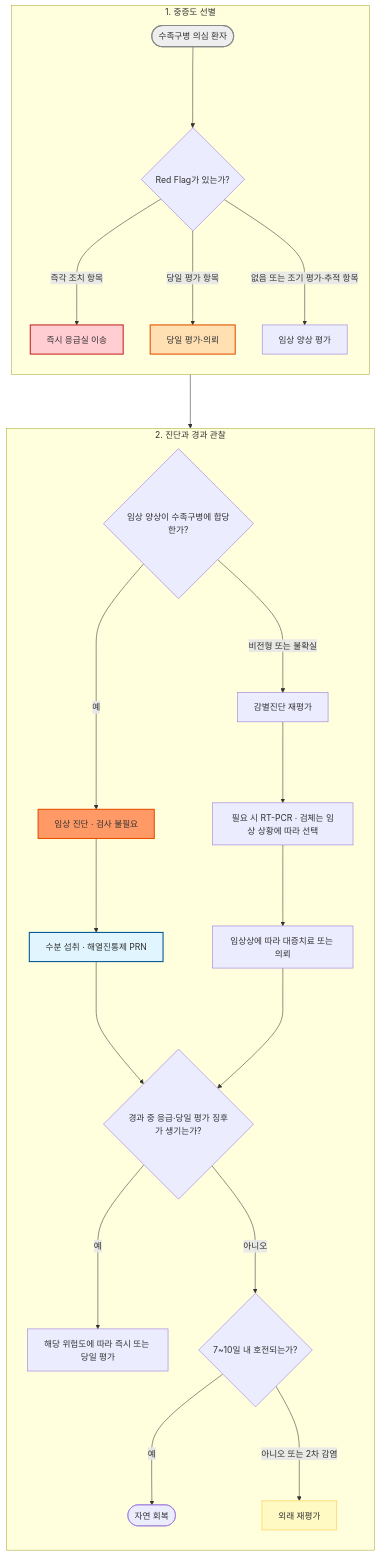
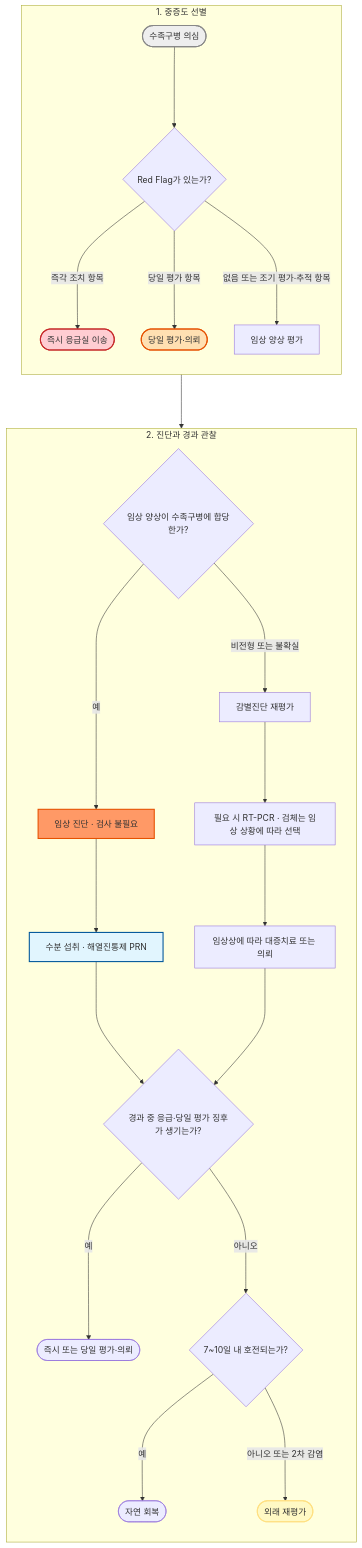
One commit to familyoh77/familyoh77 changed the diagram in 230_/198_-hand-foot-mouth-dz.md. Above: the diagram before and after it, drawn with Mermaid. The commit also changed other lines of this file and 16 other files, not shown here.

````diff
--- a/230_/198_-hand-foot-mouth-dz.md
+++ b/230_/198_-hand-foot-mouth-dz.md
@@ -116,33 +116,33 @@
 ```mermaid
 flowchart TB
     subgraph Triage["1. 중증도 선별"]
         direction TB
-        Start(["수족구병 의심 환자"]) ---> RF{"Red Flag가 있는가?"}
-        RF --->|즉각 조치 항목| ER["즉시 응급실 이송"]
-        RF --->|당일 평가 항목| Same["당일 평가·의뢰"]
+        Start(["수족구병 의심"]) ---> RF{"Red Flag가 있는가?"}
+        RF --->|즉각 조치 항목| ER(["즉시 응급실 이송"])
+        RF --->|당일 평가 항목| Same(["당일 평가·의뢰"])
         RF --->|없음 또는 조기 평가·추적 항목| Assess["임상 양상 평가"]
     end
 
     subgraph Diagnosis["2. 진단과 경과 관찰"]
         direction TB
         Assess ---> Q1{"임상 양상이 수족구병에 합당한가?"}
         Q1 --->|예| Dx["임상 진단 · 검사 불필요"]
         Q1 --->|비전형 또는 불확실| Diff["감별진단 재평가"]
         Diff ---> Test["필요 시 RT-PCR · 검체는 임상 상황에 따라 선택"]
         Dx ---> Home["수분 섭취 · 해열진통제 PRN"]
         Test ---> Plan["임상상에 따라 대증치료 또는 의뢰"]
         Home ---> Worsen{"경과 중 응급·당일 평가 징후가 생기는가?"}
         Plan ---> Worsen
-        Worsen --->|예| Urgent["해당 위험도에 따라 즉시 또는 당일 평가"]
+        Worsen --->|예| Urgent(["즉시 또는 당일 평가·의뢰"])
         Worsen --->|아니오| FU{"7~10일 내 호전되는가?"}
         FU --->|예| Done(["자연 회복"])
-        FU --->|아니오 또는 2차 감염| Recheck["외래 재평가"]
+        FU --->|아니오 또는 2차 감염| Recheck(["외래 재평가"])
     end
 
     style Start fill:#eeeeee,stroke:#888888,stroke-width:2px
     style Dx fill:#f96,stroke:#e65100,stroke-width:2px
     style ER fill:#ffcdd2,stroke:#c62828,stroke-width:2px
     style Same fill:#ffe0b2,stroke:#e65100,stroke-width:2px
     style Home fill:#e1f5fe,stroke:#01579b,stroke-width:2px
     style Recheck fill:#fff9c4,stroke:#ffe082,stroke-width:2px
 ```
````
